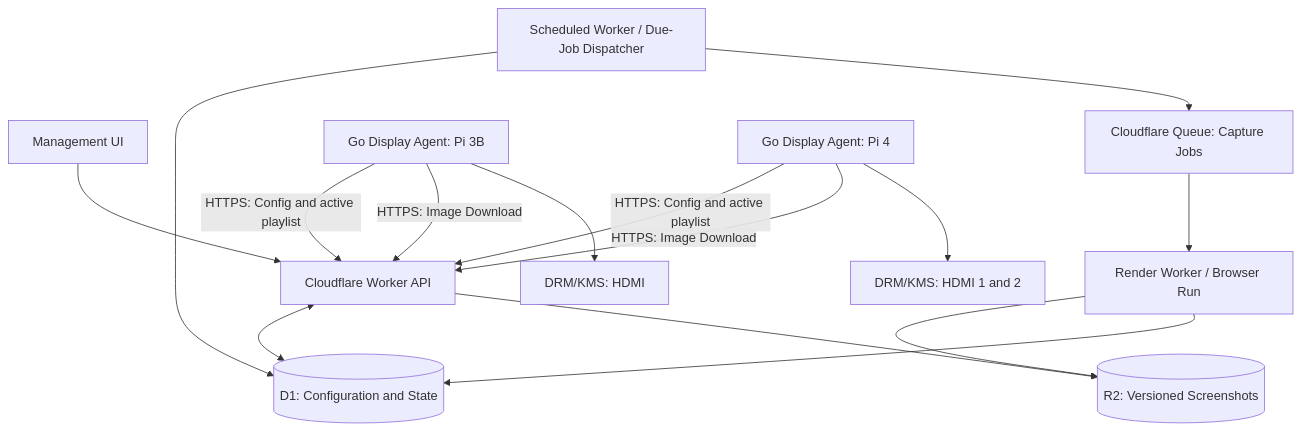
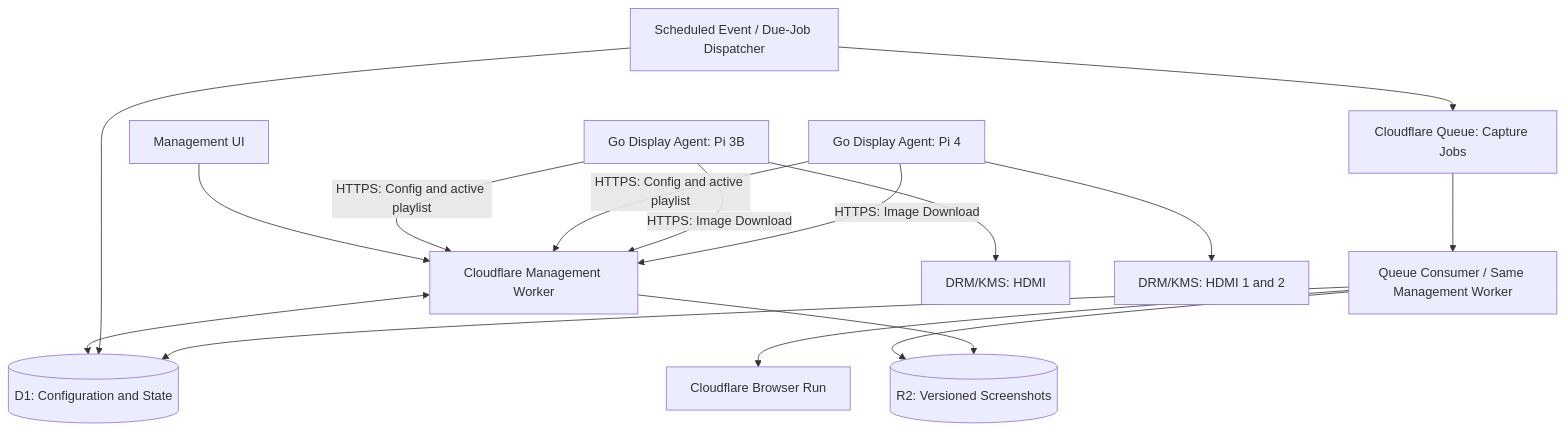
The diagram in README.md (CyanAutomation/ribbonfish), drawn with Mermaid before and after one commit. The commit also changed other lines of this file and 22 other files, not shown here.

````diff
--- a/README.md
+++ b/README.md
@@ -65,27 +65,28 @@
 ```mermaid
 flowchart TD
 
-    Admin[Management UI] --> API[Cloudflare Worker API]
+    Admin[Management UI] --> API[Cloudflare Management Worker]
 
     API <--> D1[(D1: Configuration and State)]
 
-    Scheduler[Scheduled Worker / Due-Job Dispatcher] --> D1
+    Scheduler[Scheduled Event / Due-Job Dispatcher] --> D1
     Scheduler --> Q[Cloudflare Queue: Capture Jobs]
 
-    Q --> Renderer[Render Worker / Browser Run]
+    Q --> Consumer[Queue Consumer / Same Management Worker]
+    Consumer --> Browser[Cloudflare Browser Run]
 
-    Renderer --> R2[(R2: Versioned Screenshots)]
-    Renderer --> D1
+    Consumer --> R2[(R2: Versioned Screenshots)]
+    Consumer --> D1
 
     Pi1[Go Display Agent: Pi 3B] -->|HTTPS: Config and active playlist| API
     Pi2[Go Display Agent: Pi 4] -->|HTTPS: Config and active playlist| API
 
     Pi1 -->|HTTPS: Image Download| API
     Pi2 -->|HTTPS: Image Download| API
 
     API --> R2
 
     Pi1 --> DRM1[DRM/KMS: HDMI]
     Pi2 --> DRM2[DRM/KMS: HDMI 1 and 2]
 
 ```
````
